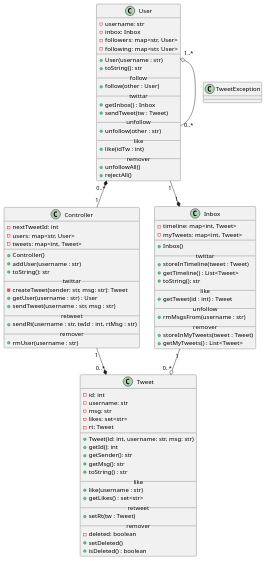
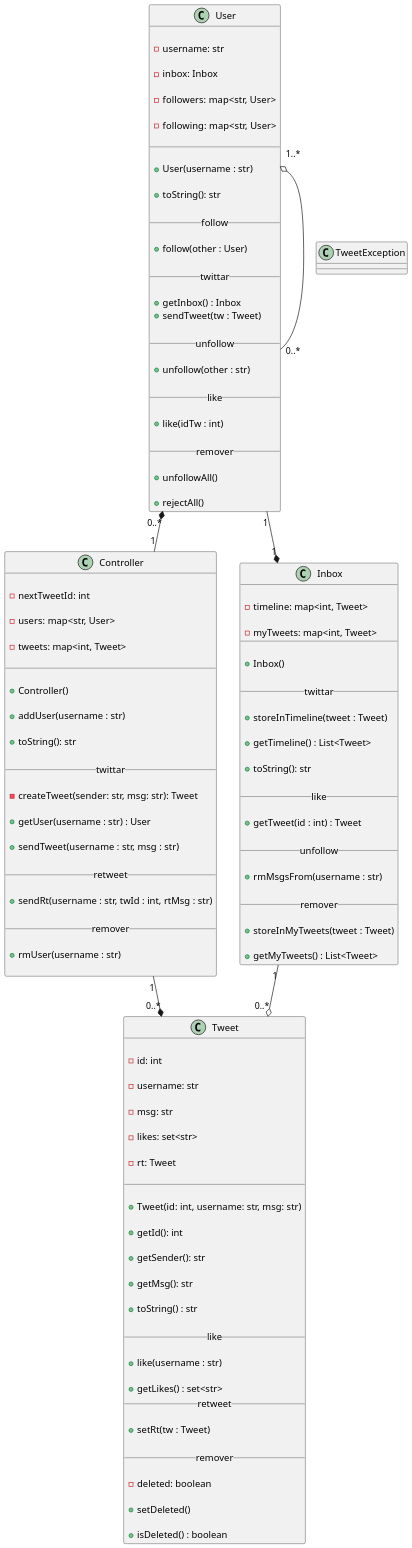
One commit to qxcodepoo/arcade changed the diagram in base/025/diagrama.puml. Above: the diagram before and after it, drawn with PlantUML. The commit also changed other lines of this file and 12 other files, not shown here.

```diff
--- a/base/025/diagrama.puml
+++ b/base/025/diagrama.puml
@@ -1,168 +2,173 @@
 @startuml
-skinparam defaultFontName "JetBrains Mono Medium"
+
+skinparam defaultFontName Hasklig
+skinparam dpi 150
+
 class TweetException {
     '
 }
 
+'==
+
 class Tweet {
-    '
+    
     - id: int
-    '
+    
     - username: str
-    '
+    
     - msg: str
-    '
+    
     ' guarda os username dos usuarios que deram like
     - likes: set<str>
-    '
+    
     ' guarda o tweet original que foi retweetado
     - rt: Tweet
-    '
+    
     __
-    '
+    
     + Tweet(id: int, username: str, msg: str)
-    '
+    
     + getId(): int
-    '
+    
     + getSender(): str
-    '
+    
     + getMsg(): str
-    '
+    
     ' retorna as informacoes do tweet
     ' no modulo de likes e retweet
     ' esse método deve ser alterado conforme requisitos
     + toString() : str
-    '
+    
     __like__
-    '
+    
     ' adiciona o nome do usuario na lista de likes
     + like(username : str)
-    '
+    
     ' retorna o nome dos usuarios que deram like
     + getLikes() : set<str>
     '
     __retweet__
-    '
+    
     ' define que tw é o tweet original que está sendo retuitado
     ' o metodo toString deve mostrar o tweet original
     + setRt(tw : Tweet)
-    '
+    
     __remover__
-    '
+    
     ' marca se o tweet foi deletado
     - deleted: boolean
-    '
+    
     ' marca o tweet como deletado
     ' substitui o texto da mensagem por "esse tweet foi deletado"
     ' apaga o username
     ' limpa a lista de likes
     + setDeleted()
-    '
+    
     ' retorna true se o tweet foi deletado
     + isDeleted() : boolean
     '
 }
 
 class Inbox {
-    '
+    
     - timeline: map<int, Tweet>
-    '
+    
     - myTweets: map<int, Tweet>
     '
     __
-    '
+    
     + Inbox()
-    '
+    
     __twittar__
-    '
+    
     ' adiciona um tweet na timeline
     + storeInTimeline(tweet : Tweet)
-    '
+    
     ' retornam todos os tweets da timeline que não estiverem deletados
     ' os tweets mais recentes devem ficar primeiro na lista
     + getTimeline() : List<Tweet>
-    '
+    
     ' retorna a timeline do usuario
     + toString(): str
-    '
+    
     __like__
-    '
+    
     ' obtem e retorna o tweet com o id passado da timeline
     ' ou dispara uma exceção se ele não existir
     + getTweet(id : int) : Tweet
-    '
+    
     __unfollow__
-    '
+    
     ' remove todos os tweets emitidos por esse usuario da sua timeline
     ' quando alguem deixa de seguir um usario, apaga todos os tweets 
     ' dele na sua timeline
     + rmMsgsFrom(username : str)
-    '
+    
     __remover__
-    '
+    
     ' adiciona um tweet no myTweets do usuario
     + storeInMyTweets(tweet : Tweet)
-    '
+    
     ' retorna todos os tweets emitidos pelo usuario
     + getMyTweets() : List<Tweet>
     '
 }
 
 class User {
-    '
+    
     - username: str
-    '
+    
     - inbox: Inbox
-    '
+    
     - followers: map<str, User>
-    '
+    
     - following: map<str, User>
-    '
+    
     __
-    '
+    
     + User(username : str)
-    '
+    
     ' mostra o nome dos seguidos e o nome dos seguires
     + toString(): str
-    '
+    
     __follow__
-    '
+    
     ' voce não pode seguir a voce mesmo
     ' se ainda nao estiver seguindo o usuario other
     '   adiciona other na lista de seguidos
     '   adiciona voce na lista de seguidores de other
     + follow(other : User)
-    '
+    
     __twittar__
-    '
+    
     + getInbox() : Inbox
     '
     ' coloca o tw no myTweets do usuario
     ' coloca o tw na timeline do usuario
     ' coloca o tw na timeline de todos os seguidores do usuario
     + sendTweet(tw : Tweet)
-    '
+    
     __unfollow__
-    '
+    
     ' se estiver seguindo esse username
     '   obtenha o objeto User correspondente na sua lista de seguidos
     '   remova ele da sua lista de seguidos
     '   remova todas as mensagens dele da sua timeline utilizando o metodo inbox.rmMsgsFrom(username)
     '   se remova da lista de seguidores dele
     + unfollow(other : str)
-    '
+    
     __like__
-    '
+    
     ' recupera o tweet com esse id da timeline do usuario
     ' invoca o método like do tweet
     + like(idTw : int)
-    '
+    
     __remover__
-    '
+    
     ' remove todos os seus seguidos
     ' se removendo também da lista de seguidores deles
     + unfollowAll()
-    '
+    
     ' remove todos os seus seguidores
     ' se removendo também da lista de seguidos deles
     + rejectAll()
@@ -170,62 +176,62 @@
 }
 
 class Controller {
-    '
+    
     ' armazena o id para o proximo tweet a ser criado
     - nextTweetId: int
-    '
+    
     ' armazena todos os usuarios do sistema
     - users: map<str, User>
-    '
+    
     ' armazena todos os tweets do sistema
     - tweets: map<int, Tweet>
-    '
+    
     __
-    '
+    
     + Controller()
-    '
+    
     ' se nao existe um usuario com esse username
     ' cria o usuario e armazena no mapa de usuarios
     + addUser(username : str)
-    '
+    
     ' imprime todos os objetos usuarios do sistema
     + toString(): str
-    '
+    
     __twittar__
-    '
+    
     ' cria um novo objeto tweet com os dados passado
     ' utiliza o atributo nextTwId para gerar o id do tweet
     ' incrementa o atributo nextTwId
     ' armazena esse tweet no mapa de tweets
     ' retorna a referencia para o tweet criado
     - createTweet(sender: str, msg: str): Tweet
-    '
+    
     ' retorna uma referencia para o objeto do usuario com esse username
     ' dispara uma excecao se o usuario nao existir
     + getUser(username : str) : User
-    '
+
     ' utiliza this.getUser para recuperar o objeto do usuario
     ' cria o tweet utilizando o this.createTweet e chama
     ' user.sendTweet(tweet) para entrega dos tweets nas timelines
     + sendTweet(username : str, msg : str)
-    '
+    
     __retweet__
-    '
+    
     ' recupera o user utilizando o this.getUser
     ' recupera o tweet original utilizando o user.getTweet
     ' cria um novo tweet com o tweet original e os outros parametros
     ' invoca user.sendTweet(tweet) para entrega dos tweets nas timelines
     + sendRt(username : str, twId : int, rtMsg : str)
-    '
+    
     __remover__
-    '
+    
     ' recupera o user utilizando o this.getUser
     ' remove todos os vínculos de seguidos e seguidores
     ' utilizando o user.unfollowAll() e user.rejectAll()
     ' marca todos os tweets de user.myTweets como deletados
     ' remove o user do mapa de usuarios
     + rmUser(username : str)
-    '
+    
 }
 
 Controller "1" -* "0..*" Tweet
```
